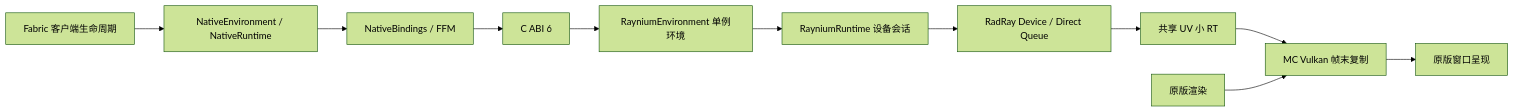
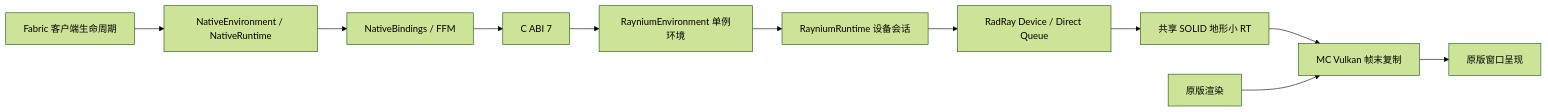
The diagram in doc/architecture/overview.md (ksgfk/Raynium), drawn with Mermaid (forest theme) before and after one commit. The commit also changed other lines of this file and 49 other files, not shown here.

````diff
--- a/doc/architecture/overview.md
+++ b/doc/architecture/overview.md
@@ -31,13 +32,13 @@
 ```mermaid
 flowchart LR
     Lifecycle[Fabric 客户端生命周期] --> Java[NativeEnvironment / NativeRuntime]
     Java --> FFM[NativeBindings / FFM]
-    FFM --> ABI[C ABI 6]
+    FFM --> ABI[C ABI 7]
     ABI --> Env[RayniumEnvironment 单例环境]
     Env --> Runtime[RayniumRuntime 设备会话]
     Runtime --> RHI[RadRay Device / Direct Queue]
-    RHI --> RT[共享 UV 小 RT]
+    RHI --> RT[共享 SOLID 地形小 RT]
     RT --> Copy[MC Vulkan 帧末复制]
     MC[原版渲染] --> Copy
     Copy --> Surface[原版窗口呈现]
 ```
````
